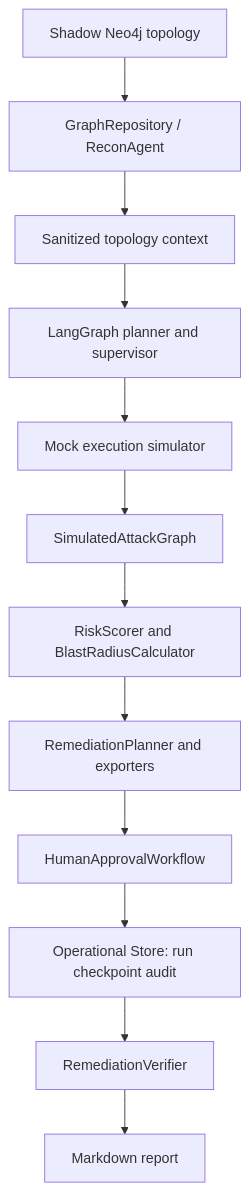
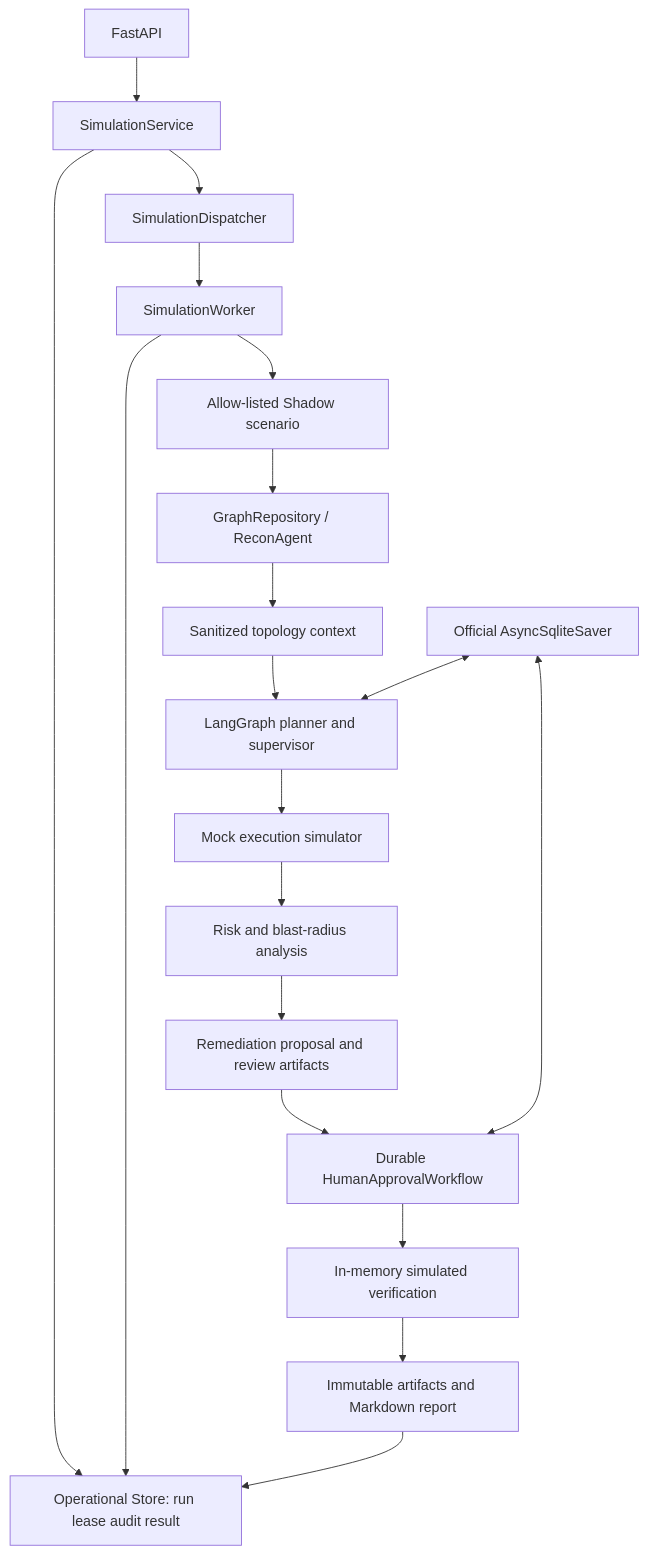
One commit to Santidelacarrera/autonomous-red-teaming changed the diagram in docs/architecture.md. Above: the diagram before and after it, drawn with Mermaid. The commit also changed other lines of this file and 70 other files, not shown here.

````diff
--- a/docs/architecture.md
+++ b/docs/architecture.md
@@ -3,14 +3,21 @@
 ```mermaid
 flowchart TD
-    A[Shadow Neo4j topology] --> B[GraphRepository / ReconAgent]
-    B --> C[Sanitized topology context]
-    C --> D[LangGraph planner and supervisor]
-    D --> E[Mock execution simulator]
-    E --> F[SimulatedAttackGraph]
-    F --> G[RiskScorer and BlastRadiusCalculator]
-    G --> H[RemediationPlanner and exporters]
-    H --> I[HumanApprovalWorkflow]
-    I --> L[Operational Store: run checkpoint audit]
-    L --> J[RemediationVerifier]
-    J --> K[Markdown report]
+    API[FastAPI] --> SVC[SimulationService]
+    SVC --> STORE[Operational Store: run lease audit result]
+    SVC --> DISPATCH[SimulationDispatcher]
+    DISPATCH --> WORKER[SimulationWorker]
+    WORKER --> STORE
+    WORKER --> SCENARIO[Allow-listed Shadow scenario]
+    SCENARIO --> RECON[GraphRepository / ReconAgent]
+    RECON --> SAN[Sanitized topology context]
+    SAN --> LG[LangGraph planner and supervisor]
+    LG --> MOCK[Mock execution simulator]
+    MOCK --> ANALYSIS[Risk and blast-radius analysis]
+    ANALYSIS --> REM[Remediation proposal and review artifacts]
+    REM --> HITL[Durable HumanApprovalWorkflow]
+    HITL --> VERIFY[In-memory simulated verification]
+    VERIFY --> RESULT[Immutable artifacts and Markdown report]
+    RESULT --> STORE
+    SAVER[Official AsyncSqliteSaver] <--> LG
+    SAVER <--> HITL
 ```
````
